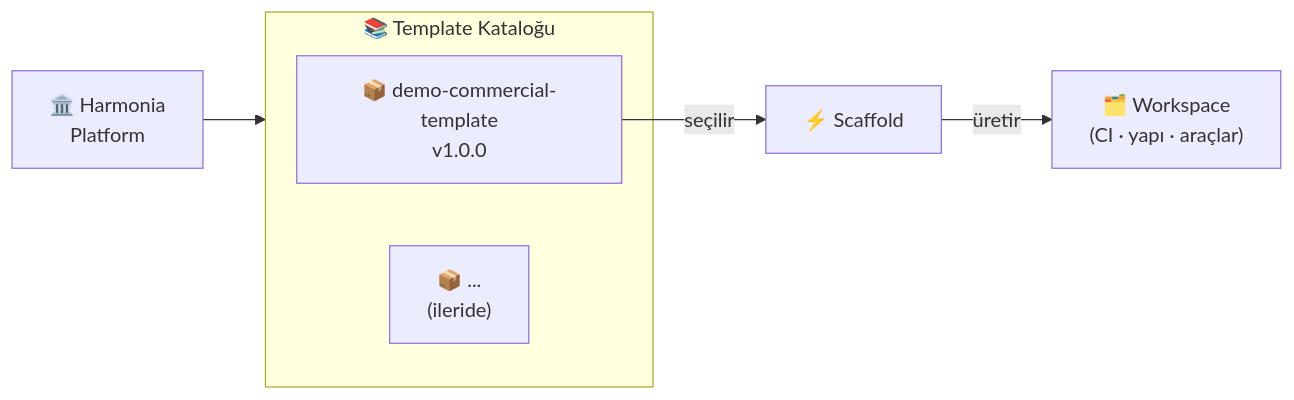
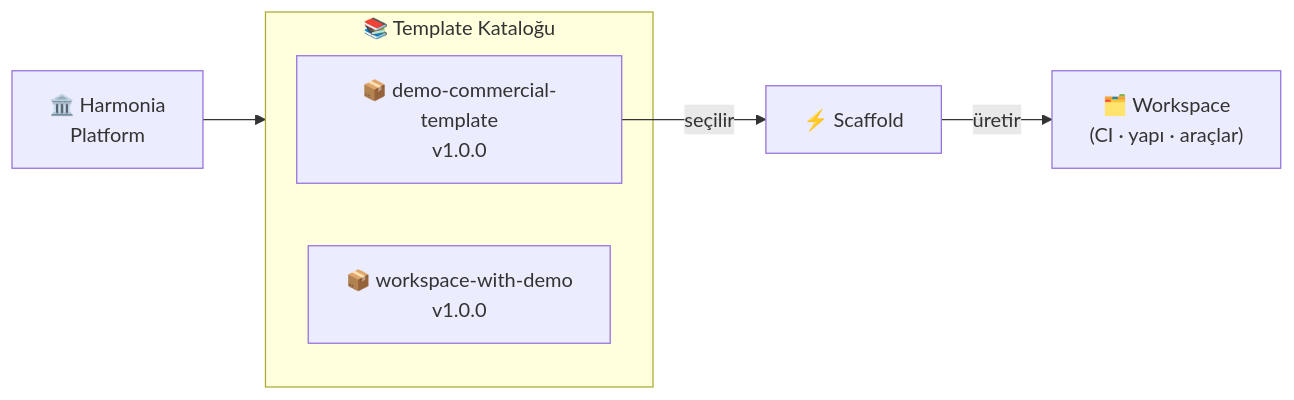
Before and after one commit to drokian/harmonia-platform: the diagram in docs/index.md, drawn with Mermaid. The commit also changed other lines of this file and 2 other files, not shown here.

Commit message:
docs(template): workspace-with-demo katalog ve rehber sayfası
- docs/index.md: Mermaid diyagramı ve Template Kataloğu tablosuna workspace-with-demo eklendi
- docs/templates/workspace-with-demo.md: Yeni detaylı template tanıtım ve kurulum rehber sayfası
- mkdocs.yml: Templates bölümü eklendi, yeni sayfa nav'a kaydedildi
- templates/demo-workspace-instructions.md: Silinir (içeriği template README + plan dosyasında yaşıyor)

Bu commit PR-5 (Harmonia Katalog Güncellemesi) tamamlıyor.

````diff
--- a/docs/index.md
+++ b/docs/index.md
@@ -13,16 +13,16 @@
 ```mermaid
 flowchart LR
     H["🏛️ Harmonia\nPlatform"]
 
     subgraph catalog["📚 Template Kataloğu"]
         T1["📦 demo-commercial-template\nv1.0.0"]
-        T2["📦 ...\n(ileride)"]
+        T2["📦 workspace-with-demo\nv1.0.0"]
     end
 
     S["⚡ Scaffold"]
     W["🗂️ Workspace\n(CI · yapı · araçlar)"]
 
     H --> catalog
     T1 -->|"seçilir"| S
     S -->|"üretir"| W
 ```
````
